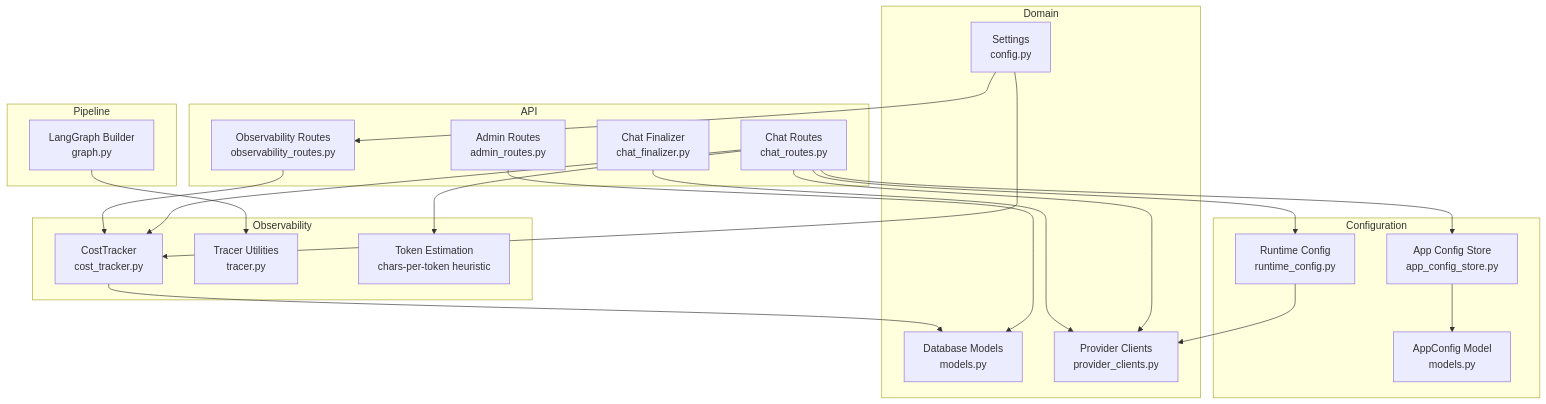
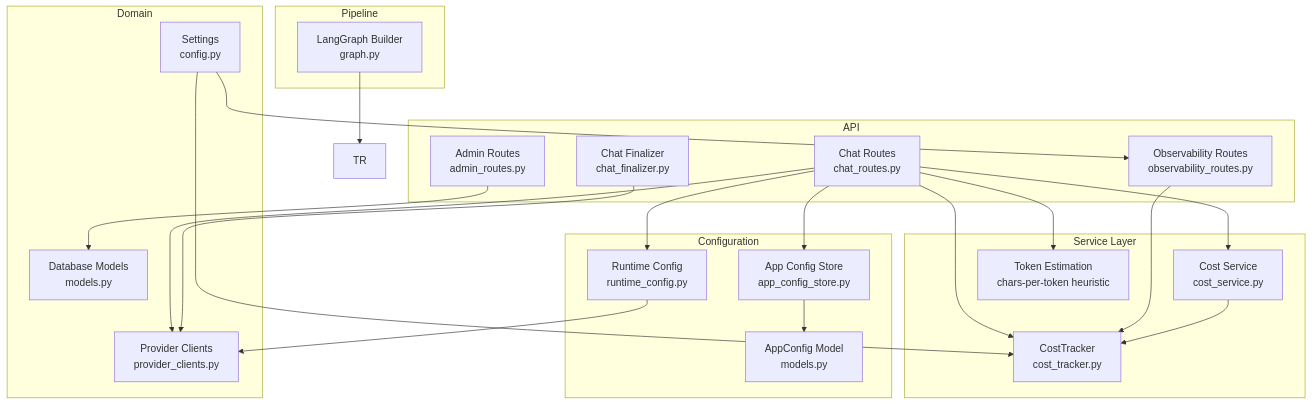
One commit to genes8/private-ai changed the first of 14 diagrams in .qoder/repowiki/en/content/Observability and Monitoring/Cost Tracking and Usage Analytics.md. Above: the diagram before and after it, drawn with Mermaid. The commit also changed other lines of this file and 55 other files, not shown here.

````diff
--- a/.qoder/repowiki/en/content/Observability and Monitoring/Cost Tracking and Usage Analytics.md
+++ b/.qoder/repowiki/en/content/Observability and Monitoring/Cost Tracking and Usage Analytics.md
@@ -56,41 +55,42 @@
 ```mermaid
 graph TB
-subgraph "Observability"
+subgraph "Service Layer"
+CS["Cost Service<br/>cost_service.py"]
 CT["CostTracker<br/>cost_tracker.py"]
-TR["Tracer Utilities<br/>tracer.py"]
 TE["Token Estimation<br/>chars-per-token heuristic"]
 end
 subgraph "API"
 CR["Chat Routes<br/>chat_routes.py"]
 OR["Observability Routes<br/>observability_routes.py"]
 AR["Admin Routes<br/>admin_routes.py"]
 CF["Chat Finalizer<br/>chat_finalizer.py"]
 end
 subgraph "Configuration"
 ACS["App Config Store<br/>app_config_store.py"]
 AC["AppConfig Model<br/>models.py"]
 RTC["Runtime Config<br/>runtime_config.py"]
 end
 subgraph "Domain"
 CFG["Settings<br/>config.py"]
 DBM["Database Models<br/>models.py"]
 PC["Provider Clients<br/>provider_clients.py"]
 end
 subgraph "Pipeline"
 GR["LangGraph Builder<br/>graph.py"]
 end
+CR --> CS
 CR --> CT
 CR --> TE
 CR --> ACS
 CR --> RTC
 CR --> PC
 OR --> CT
 AR --> DBM
-CT --> DBM
+CS --> CT
 CF --> PC
 ACS --> AC
 GR --> TR
 CFG --> OR
 CFG --> CT
 RTC --> PC
 ```
````
